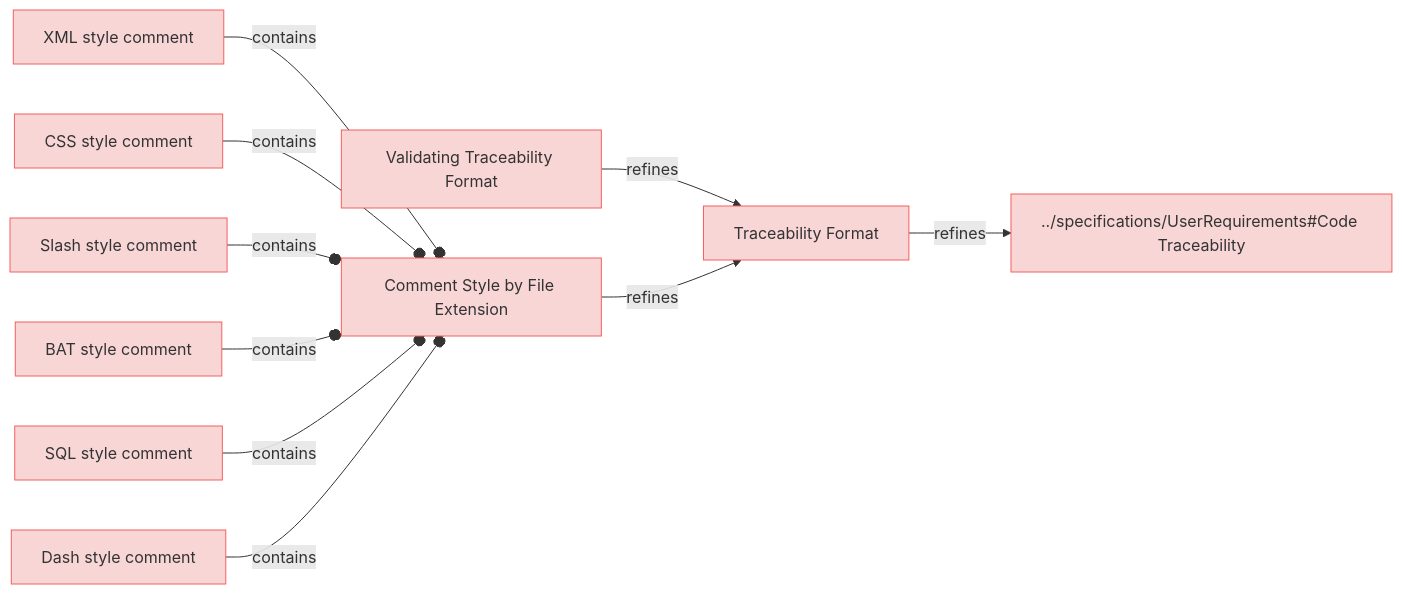
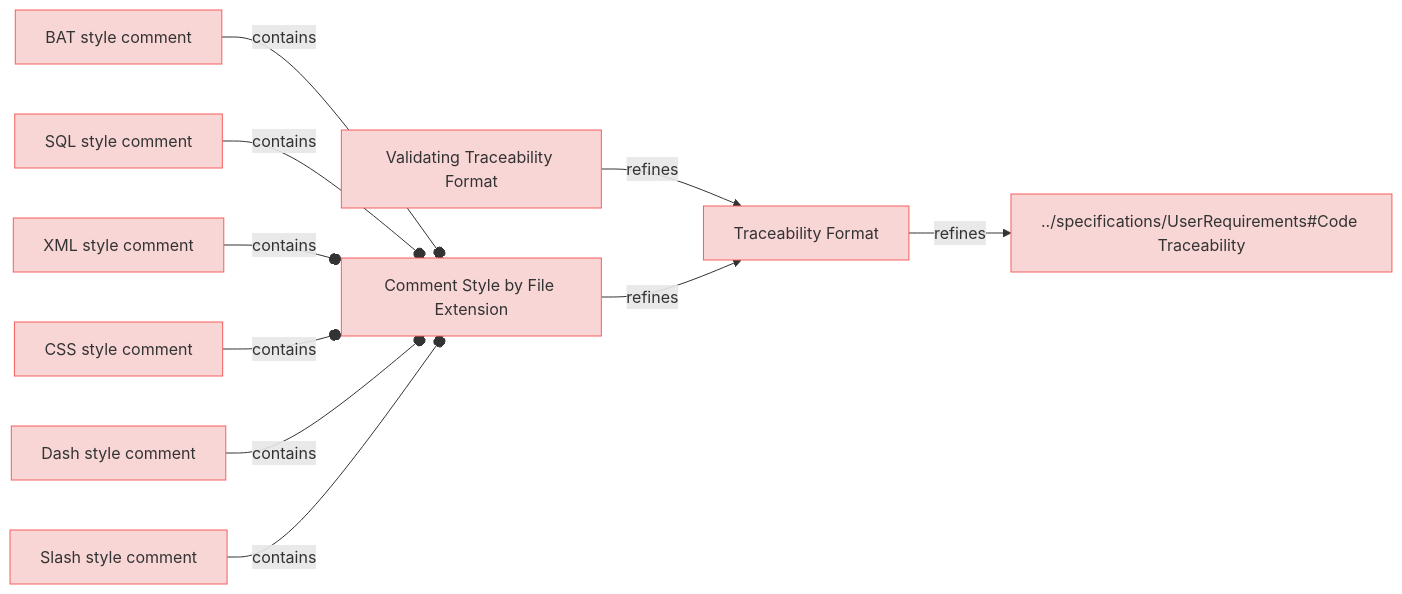
One commit to reqvire-org/reqvire changed the diagram in specifications/CodeTraecabilityRequirements.md. Above: the diagram before and after it, drawn with Mermaid. The commit also changed 37 other files, not shown here.

Commit message:
Allow diagrams with blobs links when configured.

````diff
--- a/specifications/CodeTraecabilityRequirements.md
+++ b/specifications/CodeTraecabilityRequirements.md
@@ -4,48 +4,48 @@
 ```mermaid
 graph LR;
   %% Graph styling
   classDef requirement fill:#f9d6d6,stroke:#f55f5f,stroke-width:1px;
   classDef verification fill:#d6f9d6,stroke:#5fd75f,stroke-width:1px;
   classDef externalLink fill:#d0e0ff,stroke:#3080ff,stroke-width:1px;
   classDef default fill:#f5f5f5,stroke:#333333,stroke-width:1px;
 
-  f02fa9023214d641["XML style comment"];
-  click f02fa9023214d641 "CodeTraecabilityRequirements.md#xml-style-comment";
-  class f02fa9023214d641 requirement;
-  c332a9a7fee51b73["Comment Style by File Extension"];
-  class c332a9a7fee51b73 requirement;
-  click c332a9a7fee51b73 "CodeTraecabilityRequirements.md#comment-style-by-file-extension";
-  f02fa9023214d641 --o|contains| c332a9a7fee51b73;
-  8086d70961a4c09["Traceability Format"];
-  click 8086d70961a4c09 "CodeTraecabilityRequirements.md#traceability-format";
-  class 8086d70961a4c09 requirement;
-  8c02a4fb740392b["../specifications/UserRequirements#Code Traceability"];
-  class 8c02a4fb740392b requirement;
-  click 8c02a4fb740392b "UserRequirements.md#code-traceability";
-  8086d70961a4c09 -->|refines| 8c02a4fb740392b;
-  240322b67055a395["CSS style comment"];
-  click 240322b67055a395 "CodeTraecabilityRequirements.md#css-style-comment";
-  class 240322b67055a395 requirement;
-  240322b67055a395 --o|contains| c332a9a7fee51b73;
-  1e4723b5a9d499c3["Validating Traceability Format"];
-  click 1e4723b5a9d499c3 "CodeTraecabilityRequirements.md#validating-traceability-format";
-  class 1e4723b5a9d499c3 requirement;
-  1e4723b5a9d499c3 -->|refines| 8086d70961a4c09;
-  c332a9a7fee51b73 -->|refines| 8086d70961a4c09;
-  e7b2735ad78db7f7["Slash style comment"];
-  click e7b2735ad78db7f7 "CodeTraecabilityRequirements.md#slash-style-comment";
-  class e7b2735ad78db7f7 requirement;
-  e7b2735ad78db7f7 --o|contains| c332a9a7fee51b73;
-  d6b76d3e1a3056ce["BAT style comment"];
-  click d6b76d3e1a3056ce "CodeTraecabilityRequirements.md#bat-style-comment";
-  class d6b76d3e1a3056ce requirement;
-  d6b76d3e1a3056ce --o|contains| c332a9a7fee51b73;
-  cb7a50ba5073bd8f["SQL style comment"];
-  click cb7a50ba5073bd8f "CodeTraecabilityRequirements.md#sql-style-comment";
-  class cb7a50ba5073bd8f requirement;
-  cb7a50ba5073bd8f --o|contains| c332a9a7fee51b73;
-  e7305180ad512acd["Dash style comment"];
-  click e7305180ad512acd "CodeTraecabilityRequirements.md#dash-style-comment";
-  class e7305180ad512acd requirement;
-  e7305180ad512acd --o|contains| c332a9a7fee51b73;
+  7fdde6a23819450b["BAT style comment"];
+  click 7fdde6a23819450b "specifications/CodeTraecabilityRequirements.md#bat-style-comment#bat-style-comment";
+  class 7fdde6a23819450b requirement;
+  f4c09ad7359812ff["Comment Style by File Extension"];
+  class f4c09ad7359812ff requirement;
+  click f4c09ad7359812ff "specifications/CodeTraecabilityRequirements.md#comment-style-by-file-extension#comment-style-by-file-extension";
+  7fdde6a23819450b --o|contains| f4c09ad7359812ff;
+  9314736a59776478["Traceability Format"];
+  click 9314736a59776478 "specifications/CodeTraecabilityRequirements.md#traceability-format#traceability-format";
+  class 9314736a59776478 requirement;
+  26ca72b617aff229["../specifications/UserRequirements#Code Traceability"];
+  class 26ca72b617aff229 requirement;
+  click 26ca72b617aff229 "specifications/UserRequirements.md#code-traceability#code-traceability";
+  9314736a59776478 -->|refines| 26ca72b617aff229;
+  3db41d3530e56596["Validating Traceability Format"];
+  click 3db41d3530e56596 "specifications/CodeTraecabilityRequirements.md#validating-traceability-format#validating-traceability-format";
+  class 3db41d3530e56596 requirement;
+  3db41d3530e56596 -->|refines| 9314736a59776478;
+  f4c09ad7359812ff -->|refines| 9314736a59776478;
+  39fc946195c12956["SQL style comment"];
+  click 39fc946195c12956 "specifications/CodeTraecabilityRequirements.md#sql-style-comment#sql-style-comment";
+  class 39fc946195c12956 requirement;
+  39fc946195c12956 --o|contains| f4c09ad7359812ff;
+  474c97b7d0029622["XML style comment"];
+  click 474c97b7d0029622 "specifications/CodeTraecabilityRequirements.md#xml-style-comment#xml-style-comment";
+  class 474c97b7d0029622 requirement;
+  474c97b7d0029622 --o|contains| f4c09ad7359812ff;
+  a91fc474f292f1c9["CSS style comment"];
+  click a91fc474f292f1c9 "specifications/CodeTraecabilityRequirements.md#css-style-comment#css-style-comment";
+  class a91fc474f292f1c9 requirement;
+  a91fc474f292f1c9 --o|contains| f4c09ad7359812ff;
+  be41c3d9e39abe6f["Dash style comment"];
+  click be41c3d9e39abe6f "specifications/CodeTraecabilityRequirements.md#dash-style-comment#dash-style-comment";
+  class be41c3d9e39abe6f requirement;
+  be41c3d9e39abe6f --o|contains| f4c09ad7359812ff;
+  99c4cc438042d855["Slash style comment"];
+  click 99c4cc438042d855 "specifications/CodeTraecabilityRequirements.md#slash-style-comment#slash-style-comment";
+  class 99c4cc438042d855 requirement;
+  99c4cc438042d855 --o|contains| f4c09ad7359812ff;
 ```
````
